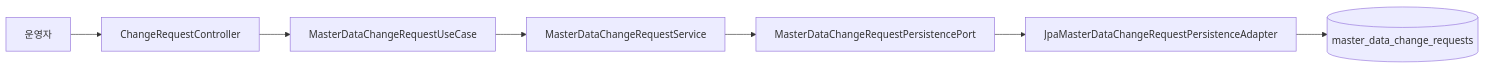
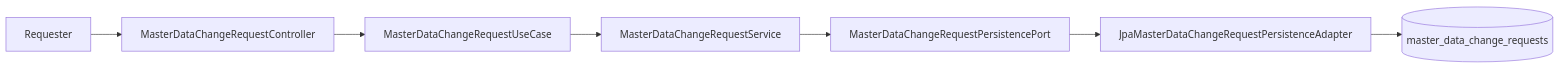
The third of 4 diagrams in master-data/docs/process-flow.md (skyg547/account), drawn with Mermaid before and after one commit. The commit also changed other lines of this file and 189 other files, not shown here.

````diff
--- a/master-data/docs/process-flow.md
+++ b/master-data/docs/process-flow.md
@@ -131,9 +29,9 @@
 ```mermaid
 flowchart LR
-    A[운영자] --> B[ChangeRequestController]
+    A[Requester] --> B[MasterDataChangeRequestController]
     B --> C[MasterDataChangeRequestUseCase]
     C --> D[MasterDataChangeRequestService]
     D --> E[MasterDataChangeRequestPersistencePort]
     E --> F[JpaMasterDataChangeRequestPersistenceAdapter]
     F --> G[(master_data_change_requests)]
 ```
````
